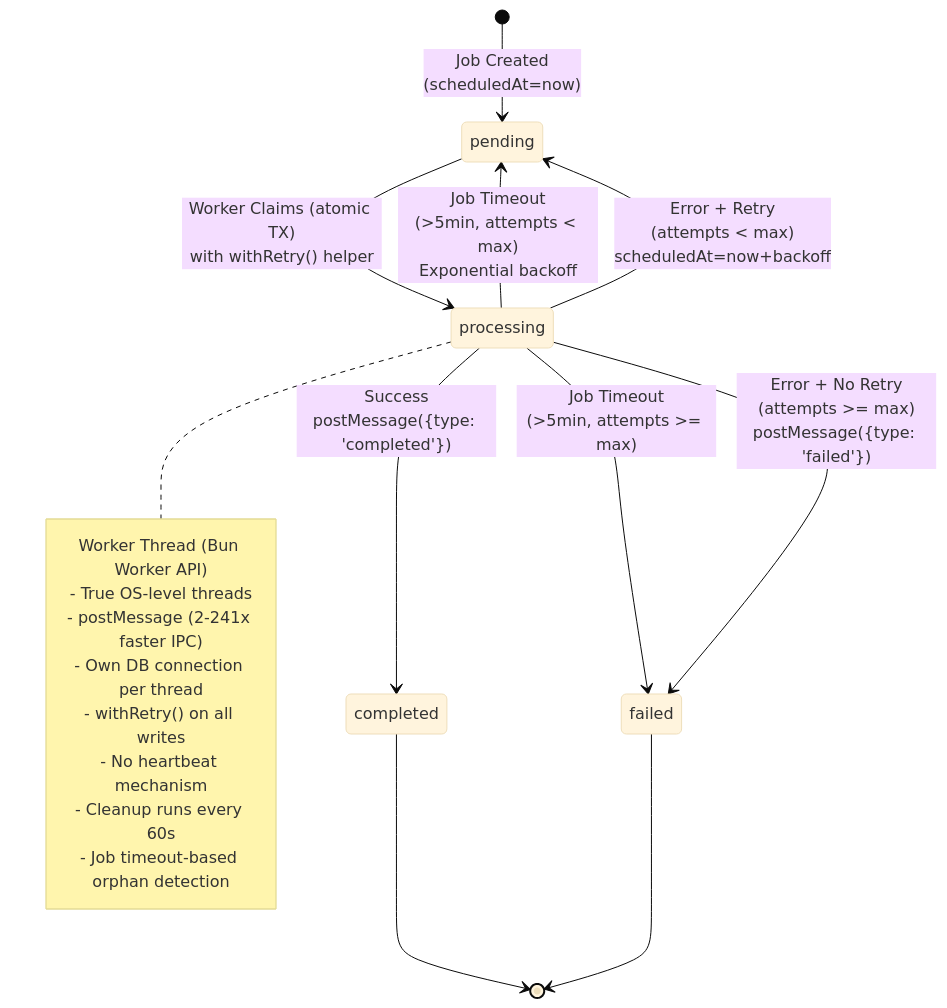
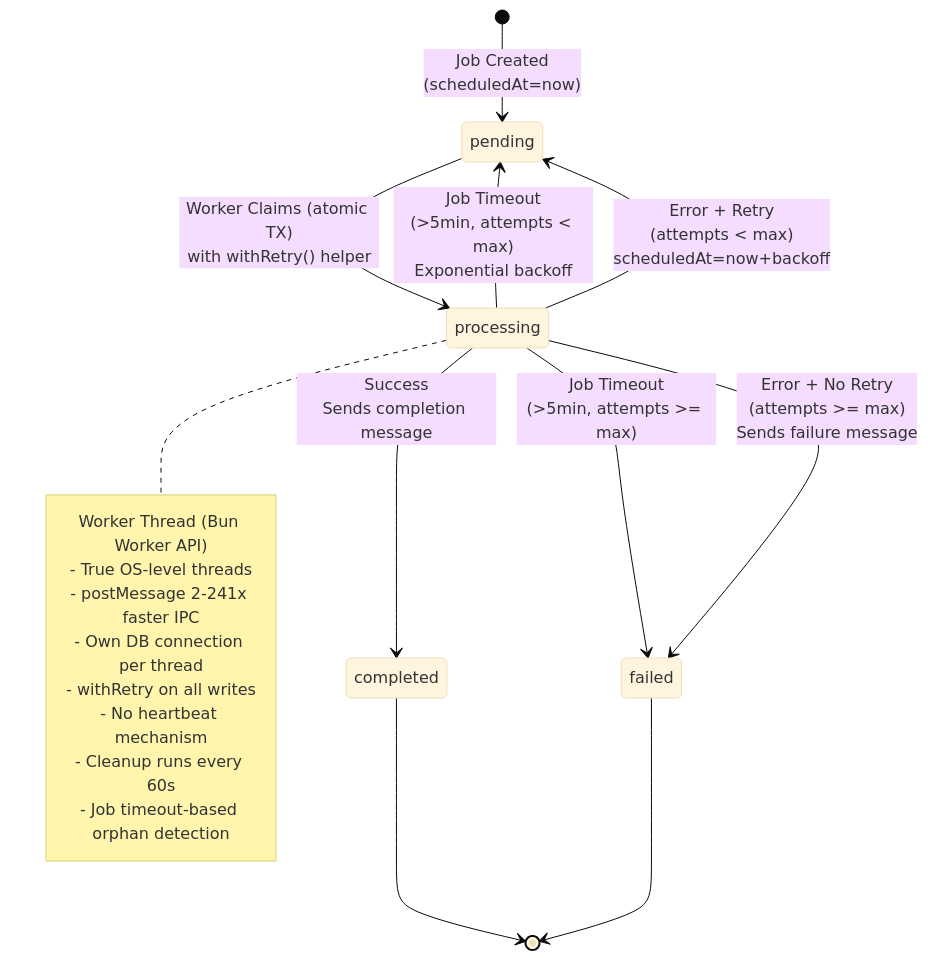
The third of 4 diagrams in README.md (tobalo/ilios), drawn with Mermaid (base theme) before and after one commit. The commit also changed other lines of this file and 1 other file, not shown here.

````diff
--- a/README.md
+++ b/README.md
@@ -258,25 +260,25 @@
 ```mermaid
 stateDiagram-v2
     [*] --> pending: Job Created<br/>(scheduledAt=now)
     pending --> processing: Worker Claims (atomic TX)<br/>with withRetry() helper
-    
-    processing --> completed: Success<br/>postMessage({type: 'completed'})
+
+    processing --> completed: Success<br/>Sends completion message
     processing --> pending: Job Timeout<br/>(>5min, attempts < max)<br/>Exponential backoff
     processing --> failed: Job Timeout<br/>(>5min, attempts >= max)
     processing --> pending: Error + Retry<br/>(attempts < max)<br/>scheduledAt=now+backoff
-    processing --> failed: Error + No Retry<br/>(attempts >= max)<br/>postMessage({type: 'failed'})
-    
+    processing --> failed: Error + No Retry<br/>(attempts >= max)<br/>Sends failure message
+
     completed --> [*]
     failed --> [*]
-    
+
     note right of processing
         Worker Thread (Bun Worker API)
         - True OS-level threads
-        - postMessage (2-241x faster IPC)
+        - postMessage 2-241x faster IPC
         - Own DB connection per thread
-        - withRetry() on all writes
+        - withRetry on all writes
         - No heartbeat mechanism
         - Cleanup runs every 60s
         - Job timeout-based orphan detection
     end note
 ```
````
